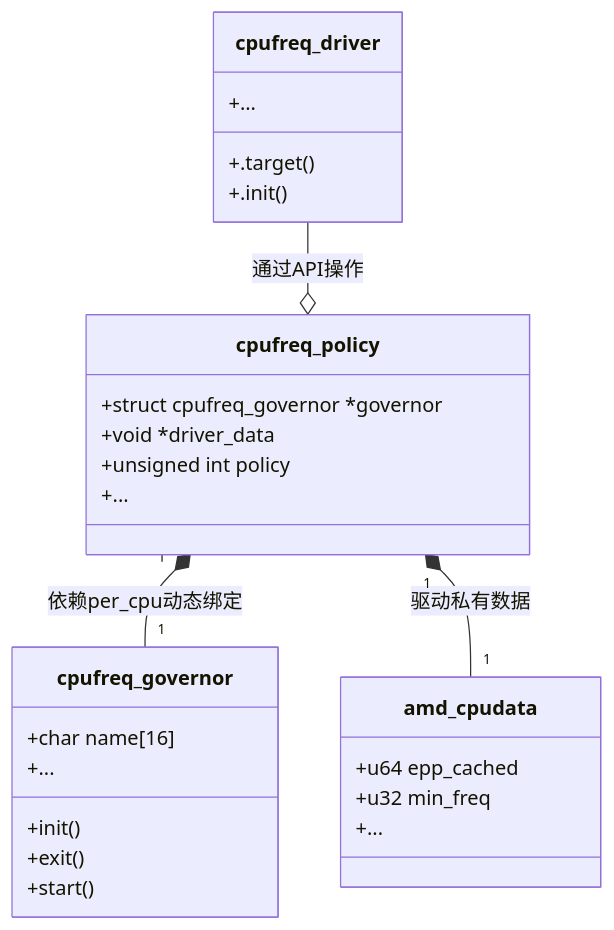
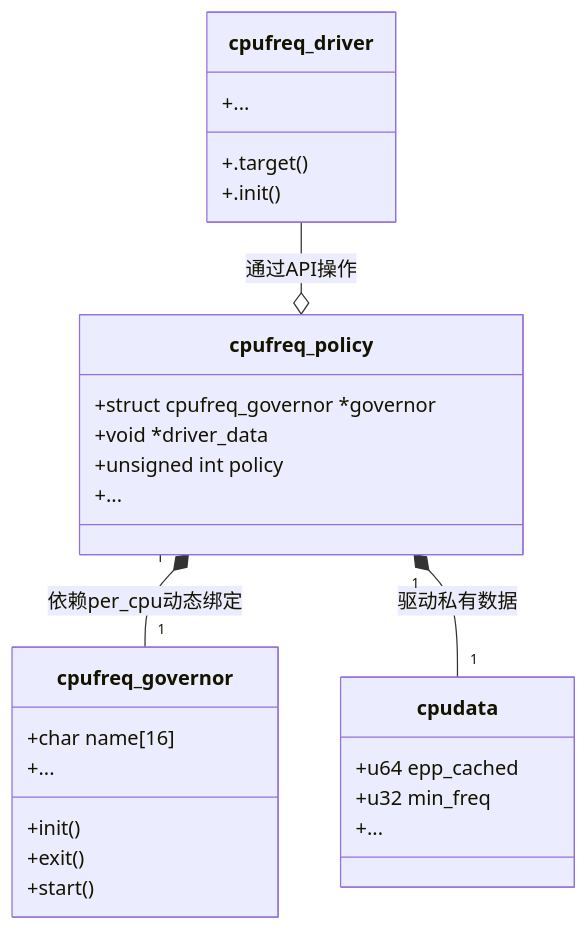
Before and after one commit to AAAwlx/note: the first of 9 diagrams in OS/设备/能耗管理/cpu调频子系统.md, drawn with Mermaid. The commit also changed other lines of this file, not shown here.

````diff
--- a/OS/设备/能耗管理/cpu调频子系统.md
+++ b/OS/设备/能耗管理/cpu调频子系统.md
@@ -7,33 +7,33 @@
 ```mermaid
 classDiagram
     class cpufreq_policy {
         +struct cpufreq_governor *governor
         +void *driver_data
         +unsigned int policy
         +...
     }
 
     class cpufreq_governor {
         +char name[16]
         +init()
         +exit()
         +start()
         +...
     }
 
-    class amd_cpudata {
+    class cpudata {
         +u64 epp_cached
         +u32 min_freq
         +...
     }
 
     class cpufreq_driver {
         +.target()
         +.init()
         +...
     }
 
     cpufreq_policy "1" *-- "1" cpufreq_governor : 依赖per_cpu动态绑定
-    cpufreq_policy "1" *-- "1" amd_cpudata : 驱动私有数据
+    cpufreq_policy "1" *-- "1" cpudata : 驱动私有数据
     cpufreq_driver --o cpufreq_policy : 通过API操作
 ```
````
